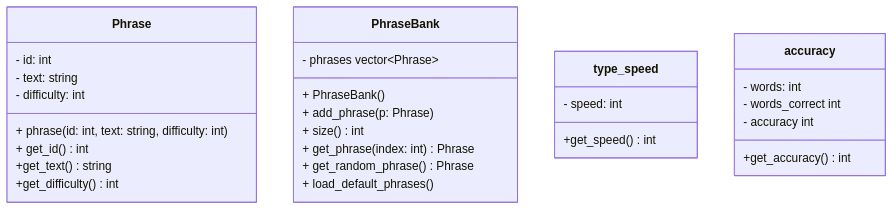
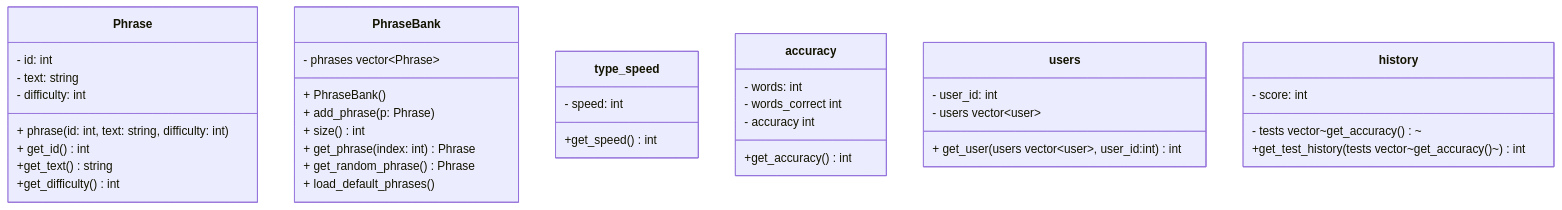
Before and after one commit to MattOrtiz530/tippitytappity-design: the diagram in README.md, drawn with Mermaid.

````diff
--- a/README.md
+++ b/README.md
@@ -9,37 +9,50 @@
 ```mermaid
 classDiagram
   
   class Phrase{
         - id: int
         - text: string
         - difficulty: int
         + phrase(id: int, text: string, difficulty: int)
         + get_id() int
         +get_text() string
         +get_difficulty() int
 
   }
   class PhraseBank{
         - phrases vector~Phrase~
         + PhraseBank()
         + add_phrase(p: Phrase)
         + size() int
         + get_phrase(index: int) Phrase
         + get_random_phrase() Phrase
         + load_default_phrases()
   }
 class type_speed{
   - speed: int
   +get_speed() int
 }
 
 class accuracy{
   - words: int
   - words_correct int
   - accuracy int
   +get_accuracy() int
 
 }
 
+class users{
+  - user_id: int
+  - users vector~user~
+  + get_user(users vector~user~, user_id:int) int
+}
+
+class history{
+  - score: int
+  - tests vector~get_accuracy()~
+
+  +get_test_history(tests vector~get_accuracy()~) int
+}
+
 
 ```
````
